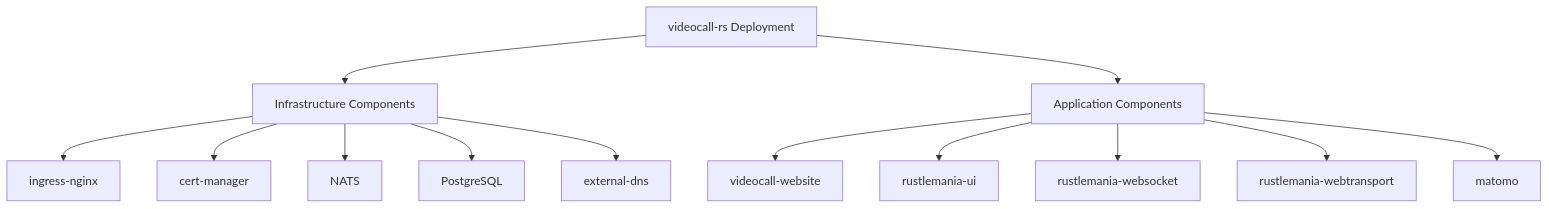
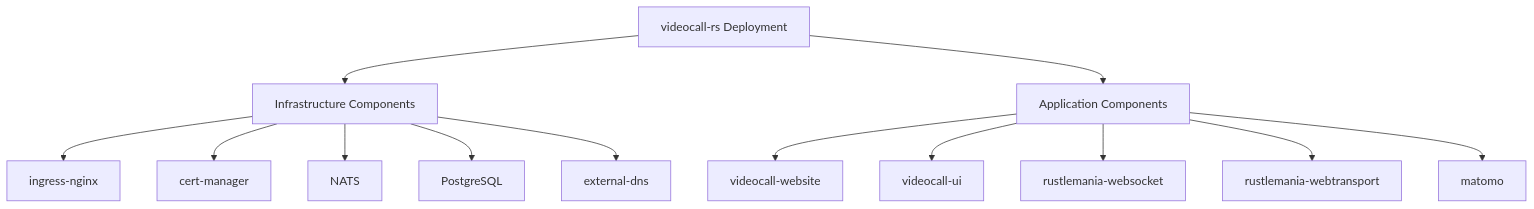
The seventh of 7 diagrams in ARCHITECTURE.md (security-union/videocall-rs), drawn with Mermaid before and after one commit. The commit also changed other lines of this file and 6 other files, not shown here.

````diff
--- a/ARCHITECTURE.md
+++ b/ARCHITECTURE.md
@@ -362,17 +361,17 @@
 ```mermaid
 graph TD
     A[videocall-rs Deployment] --> B[Infrastructure Components]
     A --> C[Application Components]
     
     B --> D[ingress-nginx]
     B --> E[cert-manager]
     B --> F[NATS]
     B --> G[PostgreSQL]
     B --> H[external-dns]
     
     C --> I[videocall-website]
-    C --> J[rustlemania-ui]
+    C --> J[videocall-ui]
     C --> K[rustlemania-websocket]
     C --> L[rustlemania-webtransport]
     C --> M[matomo]
 ```
````
